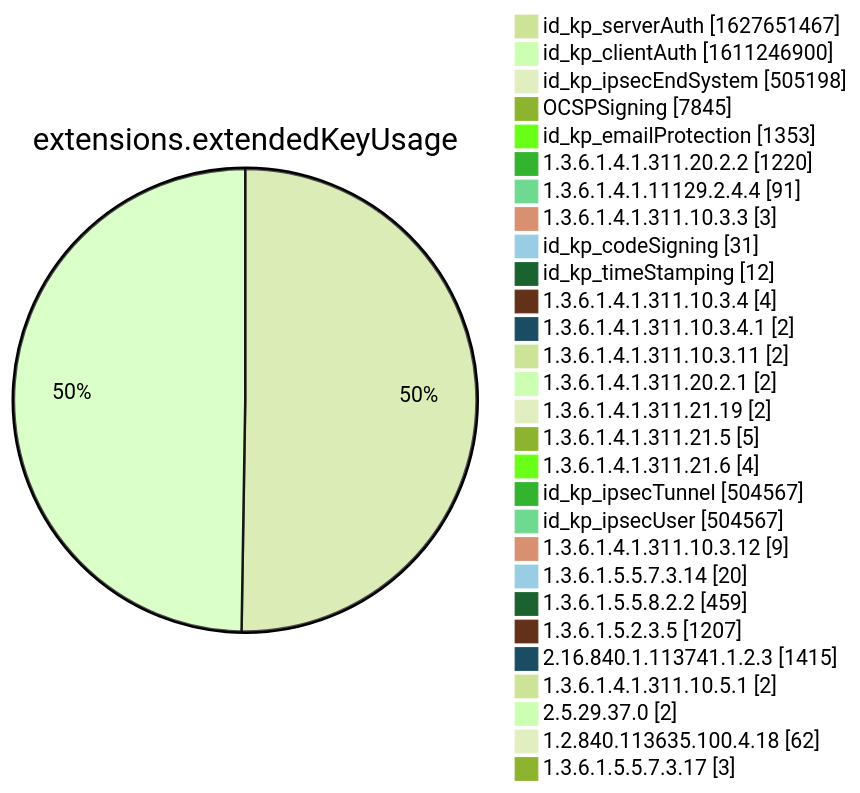
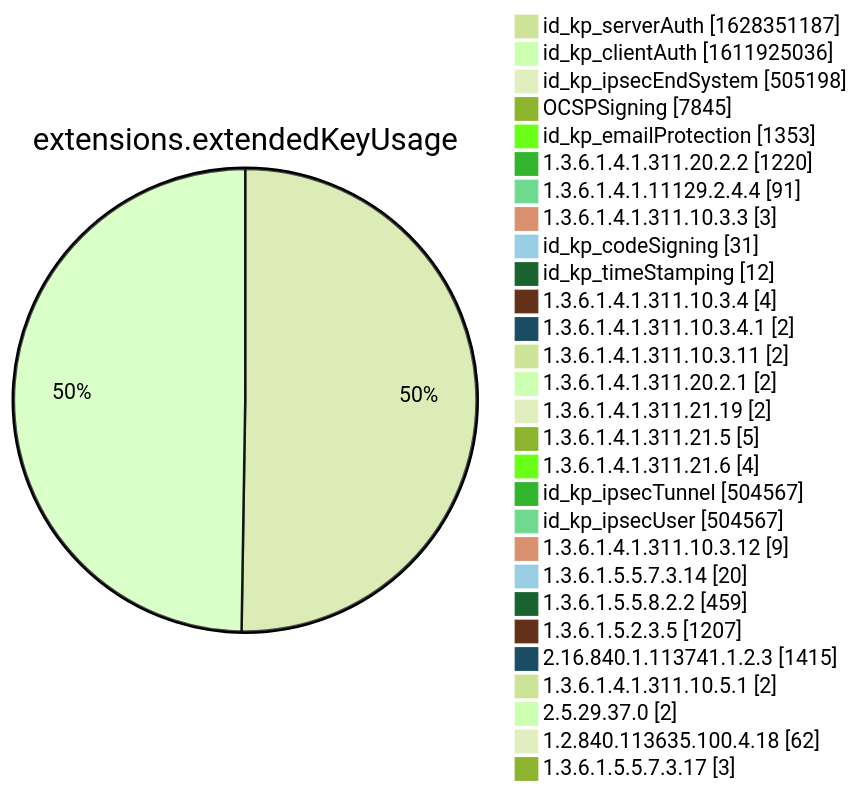
Before and after one commit to christiankrug/ctmonitor_visualization: diagram 12 of 15 in xenon2022/README.md, drawn with Mermaid (forest theme). The commit also changed other lines of this file, not shown here.

````diff
--- a/xenon2022/README.md
+++ b/xenon2022/README.md
@@ -3886,32 +3886,32 @@
 ```mermaid
 pie showData
 title extensions.extendedKeyUsage
-"id_kp_serverAuth" :1627651467
-"id_kp_clientAuth" :1611246900
+"id_kp_serverAuth" :1628351187
+"id_kp_clientAuth" :1611925036
 "id_kp_ipsecEndSystem" :505198
 "OCSPSigning" :7845
 "id_kp_emailProtection" :1353
 "1.3.6.1.4.1.311.20.2.2" :1220
 "1.3.6.1.4.1.11129.2.4.4" :91
 "1.3.6.1.4.1.311.10.3.3" :3
 "id_kp_codeSigning" :31
 "id_kp_timeStamping" :12
 "1.3.6.1.4.1.311.10.3.4" :4
 "1.3.6.1.4.1.311.10.3.4.1" :2
 "1.3.6.1.4.1.311.10.3.11" :2
 "1.3.6.1.4.1.311.20.2.1" :2
 "1.3.6.1.4.1.311.21.19" :2
 "1.3.6.1.4.1.311.21.5" :5
 "1.3.6.1.4.1.311.21.6" :4
 "id_kp_ipsecTunnel" :504567
 "id_kp_ipsecUser" :504567
 "1.3.6.1.4.1.311.10.3.12" :9
 "1.3.6.1.5.5.7.3.14" :20
 "1.3.6.1.5.5.8.2.2" :459
 "1.3.6.1.5.2.3.5" :1207
 "2.16.840.1.113741.1.2.3" :1415
 "1.3.6.1.4.1.311.10.5.1" :2
 "2.5.29.37.0" :2
 "1.2.840.113635.100.4.18" :62
 "1.3.6.1.5.5.7.3.17" :3
 ```
````
